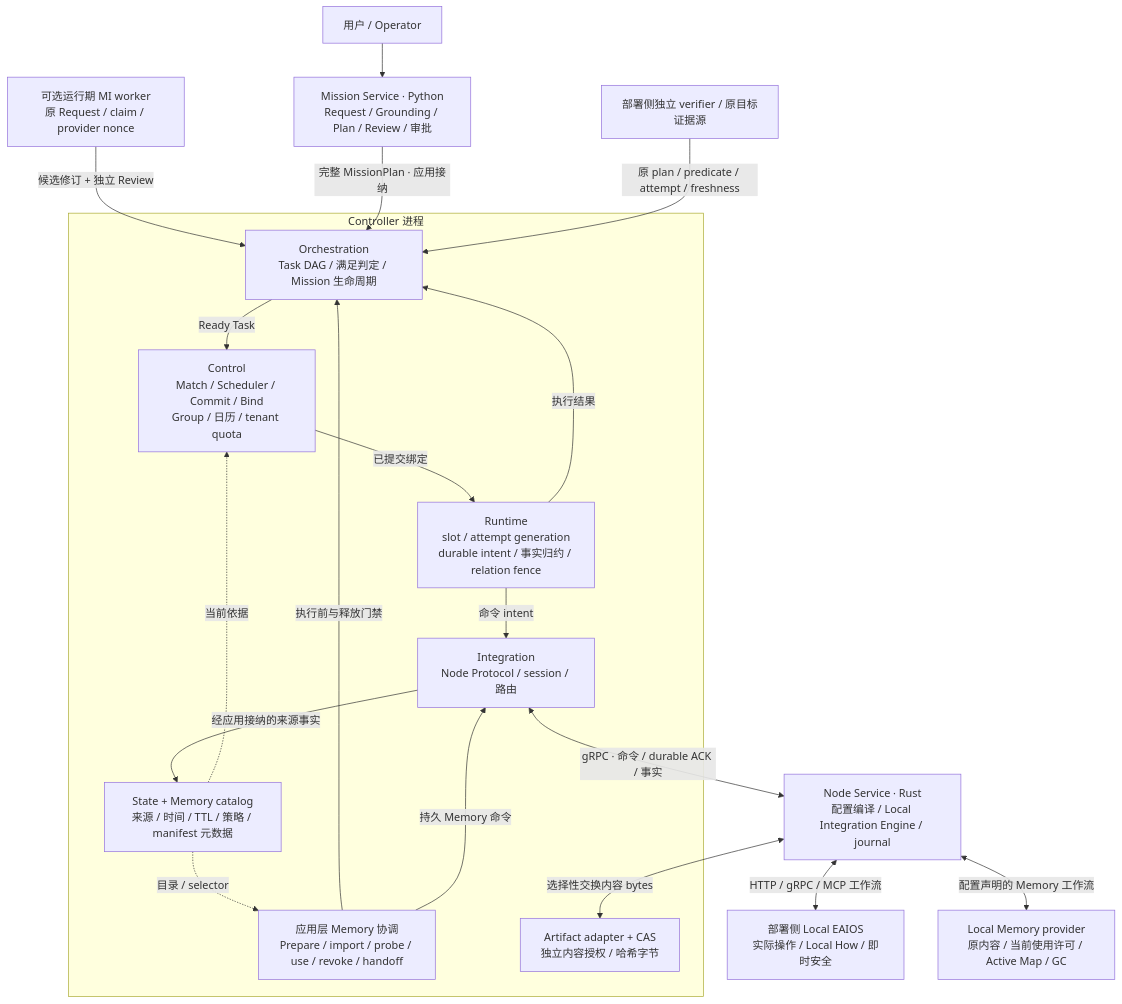
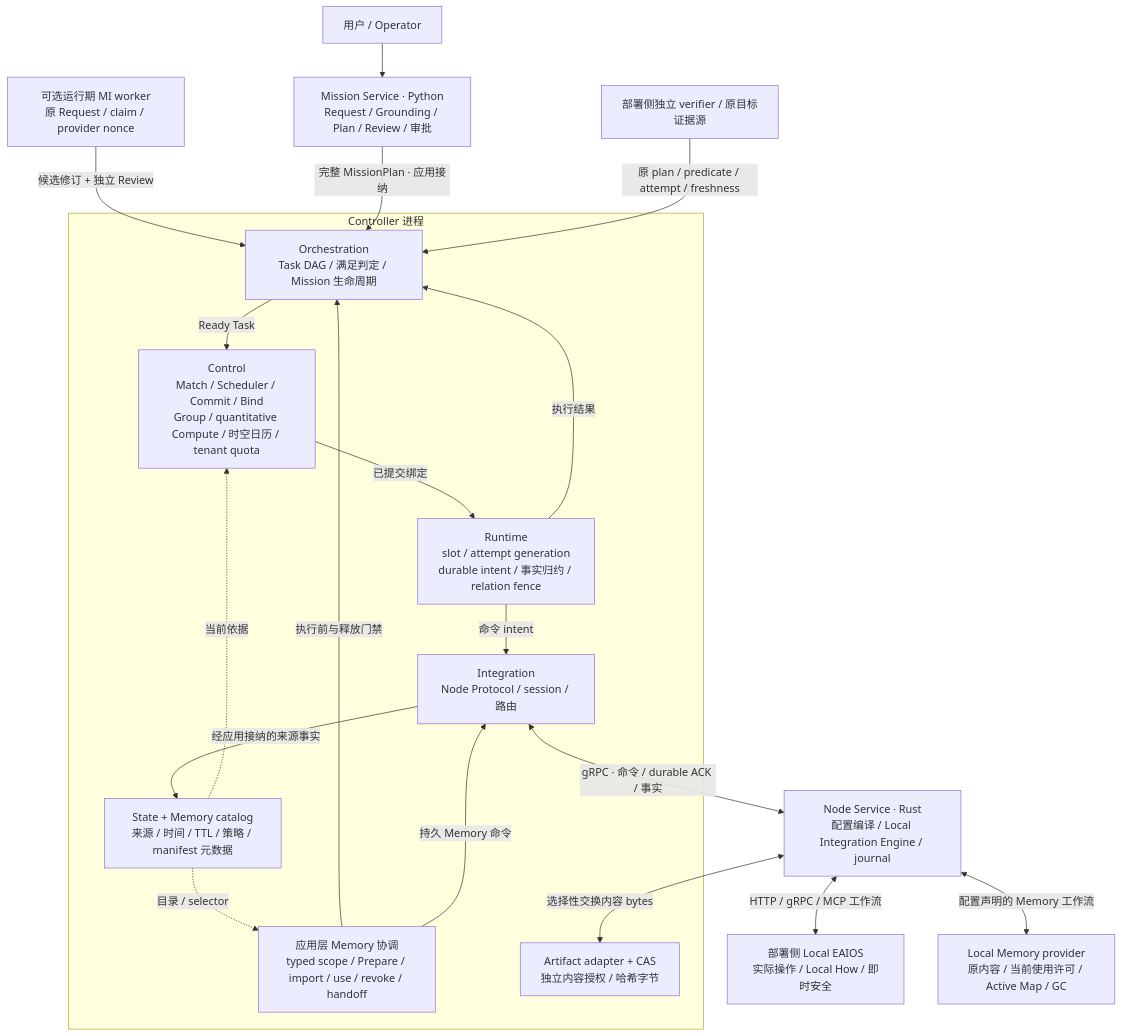
One commit to Farewell-CK/RoboGuide changed the diagram in README.md. Above: the diagram before and after it, drawn with Mermaid. The commit also changed other lines of this file and 120 other files, not shown here.

````diff
--- a/README.md
+++ b/README.md
@@ -433,32 +444,32 @@
 ```mermaid
 flowchart TB
   %% roboguide:min-width: 1280px
   U[用户 / Operator] --> MI[Mission Service · Python<br/>Request / Grounding / Plan / Review / 审批]
   MW[可选运行期 MI worker<br/>原 Request / claim / provider nonce] -->|候选修订 + 独立 Review| O
   MI -->|完整 MissionPlan · 应用接纳| O
 
   subgraph CTRL[Controller 进程]
     O[Orchestration<br/>Task DAG / 满足判定 / Mission 生命周期]
-    C[Control<br/>Match / Scheduler / Commit / Bind<br/>Group / 日历 / tenant quota]
+    C[Control<br/>Match / Scheduler / Commit / Bind<br/>Group / quantitative Compute / 时空日历 / tenant quota]
     R[Runtime<br/>slot / attempt generation<br/>durable intent / 事实归约 / relation fence]
     I[Integration<br/>Node Protocol / session / 路由]
     O -->|Ready Task| C
     C -->|已提交绑定| R
     R -->|命令 intent| I
     R -->|执行结果| O
     S[State + Memory catalog<br/>来源 / 时间 / TTL / 策略 / manifest 元数据]
-    M[应用层 Memory 协调<br/>Prepare / import / probe / use / revoke / handoff]
+    M[应用层 Memory 协调<br/>typed scope / Prepare / import / use / revoke / handoff]
     A[Artifact adapter + CAS<br/>独立内容授权 / 哈希字节]
     I -->|经应用接纳的来源事实| S
     S -.当前依据.-> C
     S -.目录 / selector.-> M
     M -->|执行前与释放门禁| O
     M -->|持久 Memory 命令| I
   end
 
   I <-->|gRPC · 命令 / durable ACK / 事实| N[Node Service · Rust<br/>配置编译 / Local Integration Engine / journal]
   N <-->|HTTP / gRPC / MCP 工作流| L[部署侧 Local EAIOS<br/>实际操作 / Local How / 即时安全]
   N <-->|配置声明的 Memory 工作流| P[Local Memory provider<br/>原内容 / 当前使用许可 / Active Map / GC]
   N <-->|选择性交换内容 bytes| A
   V[部署侧独立 verifier / 原目标证据源] -->|原 plan / predicate / attempt / freshness| O
 ```
````
